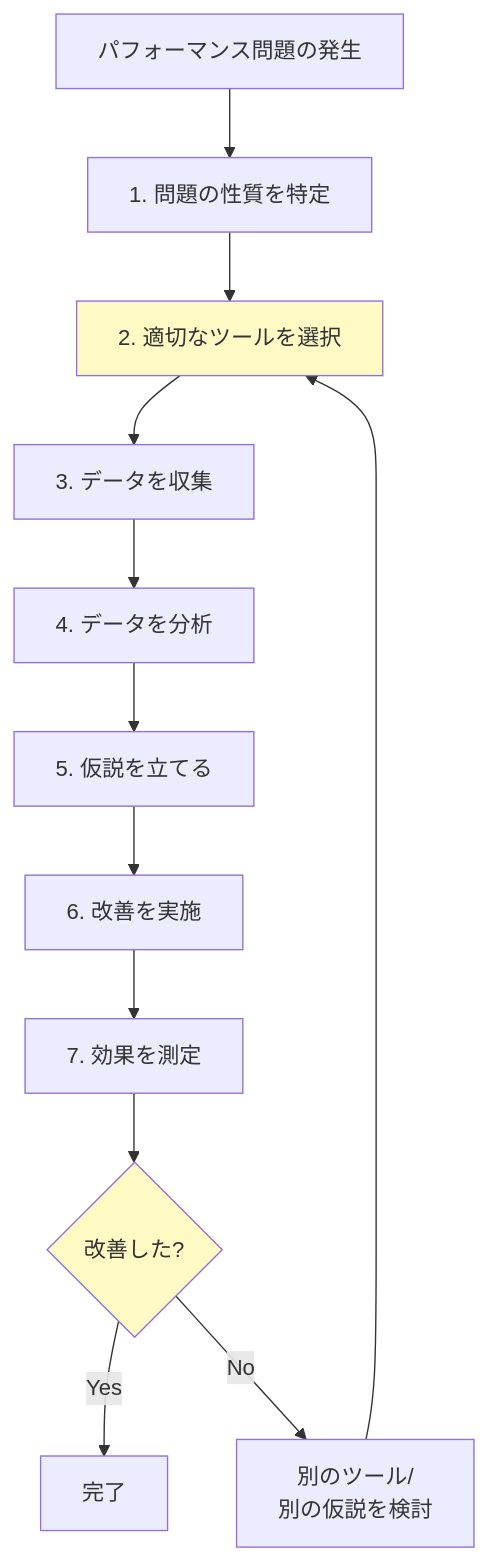
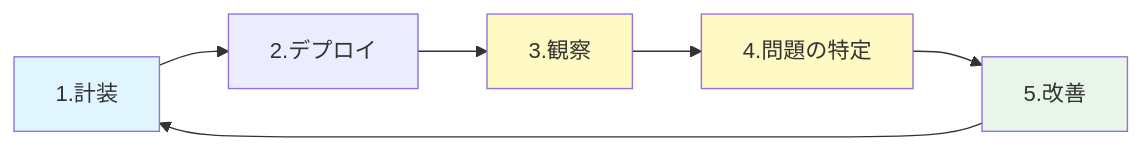
Before and after one commit to task4233/gwc-profiling: the second of 3 diagrams in content/docs/21_closing.md, drawn with Mermaid. The commit also changed other lines of this file and 5 other files, not shown here.

````diff
--- a/content/docs/21_closing.md
+++ b/content/docs/21_closing.md
@@ -153,19 +155,13 @@
 ```mermaid
-graph TD
-    START[パフォーマンス問題の発生]
-    START --> STEP1[1. 問題の性質を特定]
-    STEP1 --> STEP2[2. 適切なツールを選択]
-    STEP2 --> STEP3[3. データを収集]
-    STEP3 --> STEP4[4. データを分析]
-    STEP4 --> STEP5[5. 仮説を立てる]
-    STEP5 --> STEP6[6. 改善を実施]
-    STEP6 --> STEP7[7. 効果を測定]
+graph LR
+    A[1.計装] --> B[2.デプロイ]
+    B --> C[3.観察]
+    C --> D[4.問題の特定]
+    D --> E[5.改善]
+    E --> A
 
-    STEP7 --> JUDGE{改善した?}
-    JUDGE -->|Yes| DONE[完了]
-    JUDGE -->|No| RETHINK[別のツール/<br/>別の仮説を検討]
-    RETHINK --> STEP2
-
-    style STEP2 fill:#fff9c4
-    style JUDGE fill:#fff9c4
+    style A fill:#e1f5ff
+    style C fill:#fff9c4
+    style D fill:#fff9c4
+    style E fill:#e8f5e9
 ```
````
